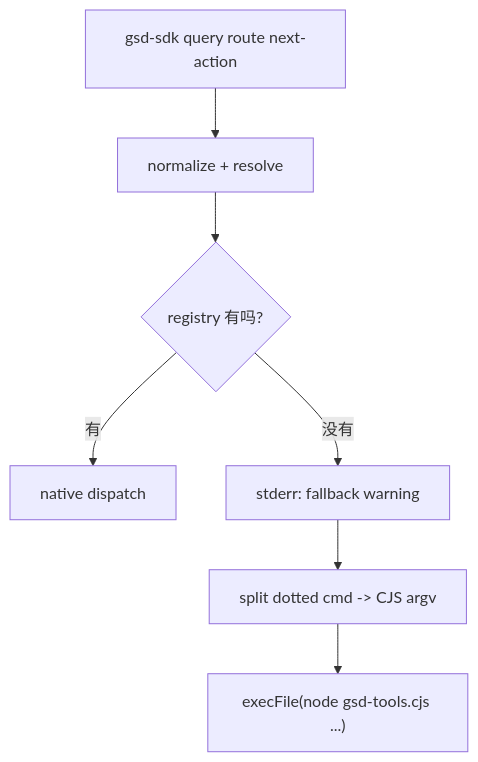
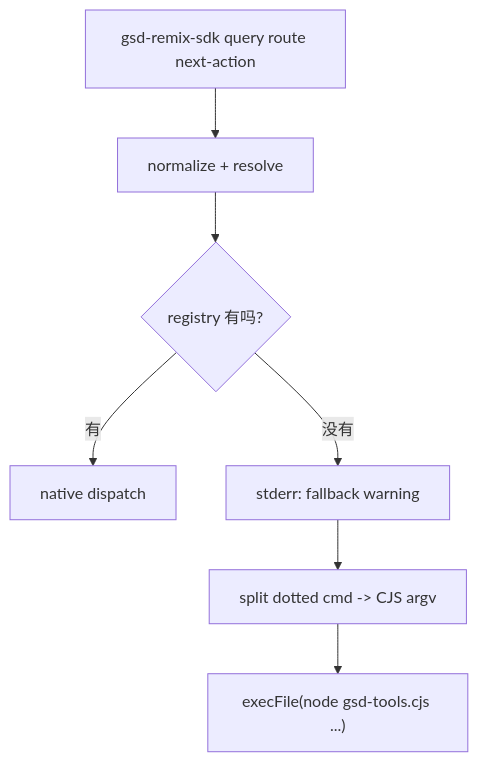
One commit to Wynne-cwb/gsd-remix changed the fifth of 6 diagrams in guide/09-query-registry-and-cjs-bridge.md. Above: the diagram before and after it, drawn with Mermaid. The commit also changed other lines of this file and 177 other files, not shown here.

Commit message:
feat: isolate remix sdk namespace

````diff
--- a/guide/09-query-registry-and-cjs-bridge.md
+++ b/guide/09-query-registry-and-cjs-bridge.md
@@ -284,9 +284,9 @@
 ```mermaid
 flowchart TD
-    A["gsd-sdk query route next-action"] --> B["normalize + resolve"]
+    A["gsd-remix-sdk query route next-action"] --> B["normalize + resolve"]
     B --> C{"registry 有吗?"}
     C -->|有| D["native dispatch"]
     C -->|没有| E["stderr: fallback warning"]
     E --> F["split dotted cmd -> CJS argv"]
     F --> G["execFile(node gsd-tools.cjs ...)"]
 ```
````
